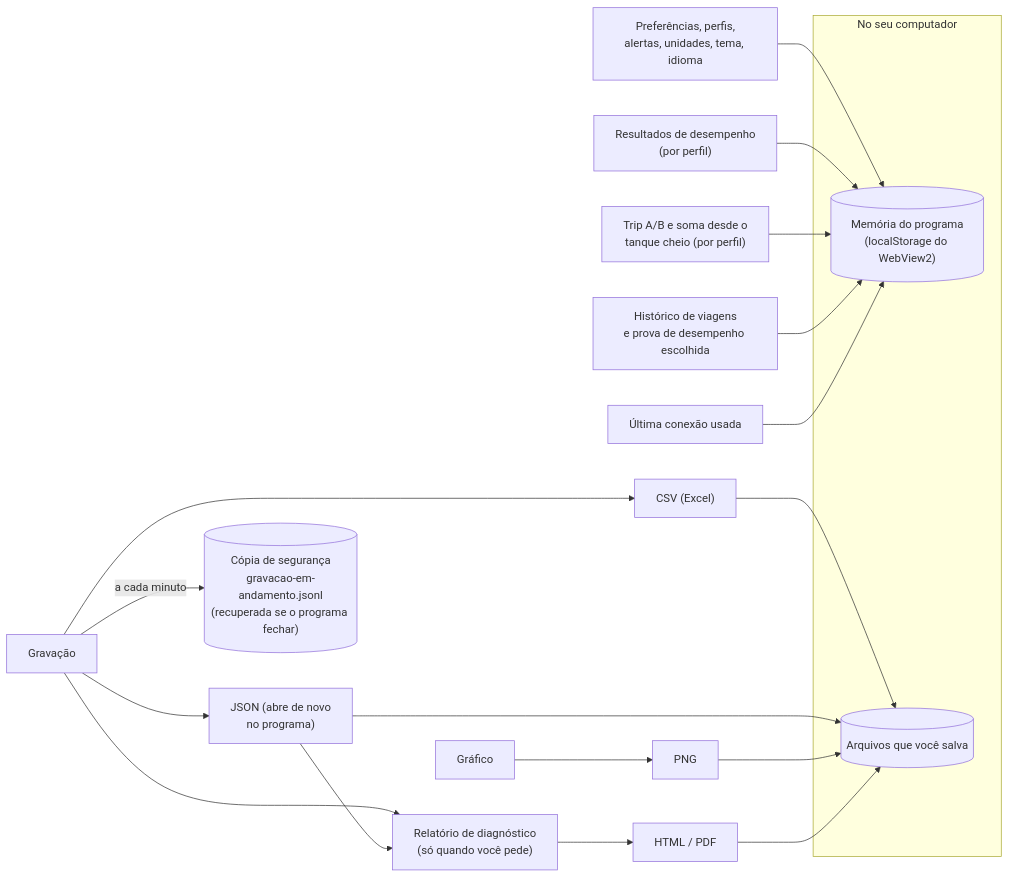
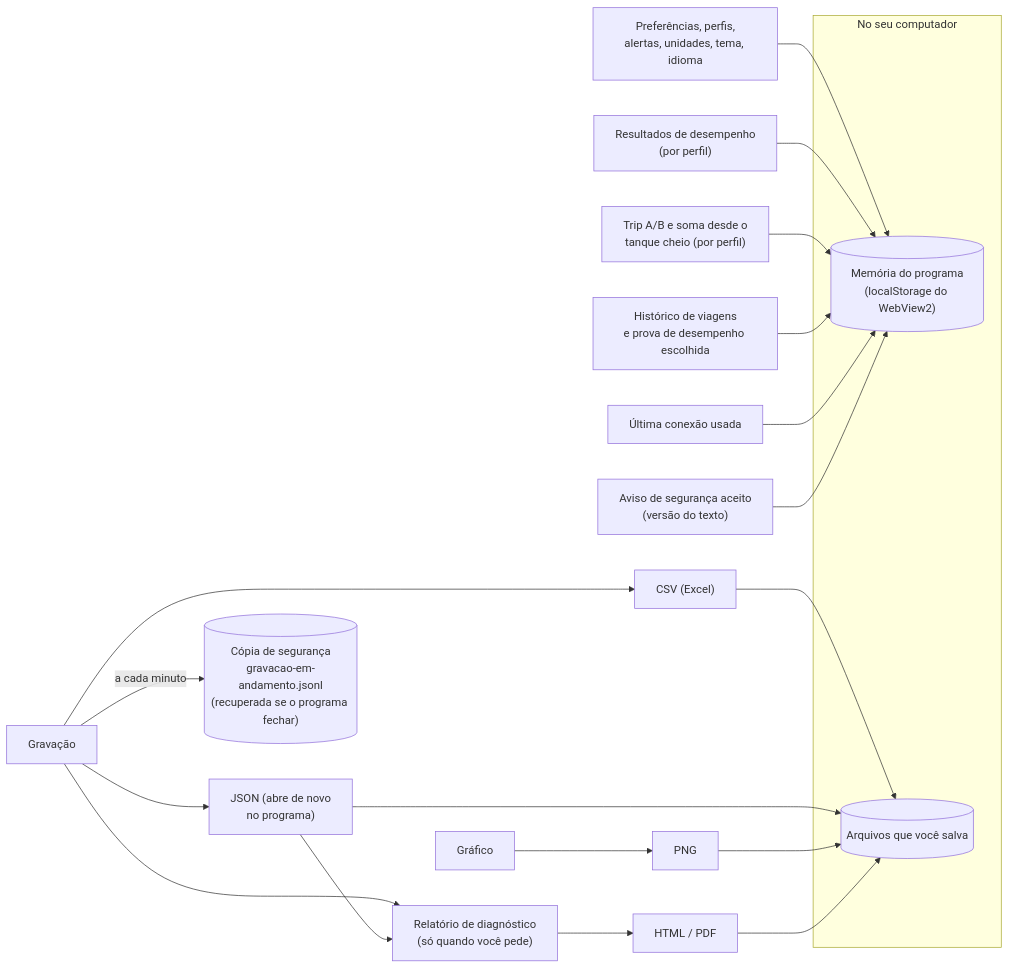
Before and after one commit to samuvieceli/obd2-scanner: diagram 13 of 16 in docs/DIAGRAMAS.md, drawn with Mermaid. The commit also changed other lines of this file and 11 other files, not shown here.

First line of the commit message:
Aviso de segurança ao abrir o programa

````diff
--- a/docs/DIAGRAMAS.md
+++ b/docs/DIAGRAMAS.md
@@ -371,19 +375,20 @@
 ```mermaid
 flowchart LR
     subgraph pc["No seu computador"]
         ls[("Memória do programa<br/>(localStorage do WebView2)")]
         files[("Arquivos que você salva")]
     end
     prefs["Preferências, perfis,<br/>alertas, unidades, tema, idioma"] --> ls
     perfres["Resultados de desempenho<br/>(por perfil)"] --> ls
     fillsum["Trip A/B e soma desde o<br/>tanque cheio (por perfil)"] --> ls
     drv["Histórico de viagens<br/>e prova de desempenho escolhida"] --> ls
     conn["Última conexão usada"] --> ls
+    aviso["Aviso de segurança aceito<br/>(versão do texto)"] --> ls
     rec["Gravação"] --> csv["CSV (Excel)"] & json["JSON (abre de novo<br/>no programa)"]
     rec -- "a cada minuto" --> backup[("Cópia de segurança<br/>gravacao-em-andamento.jsonl<br/>(recuperada se o programa fechar)")]
     chart["Gráfico"] --> png["PNG"]
     rec --> report["Relatório de diagnóstico<br/>(só quando você pede)"]
     json --> report
     report --> html["HTML / PDF"]
     csv & json & png & html --> files
 ```
````
